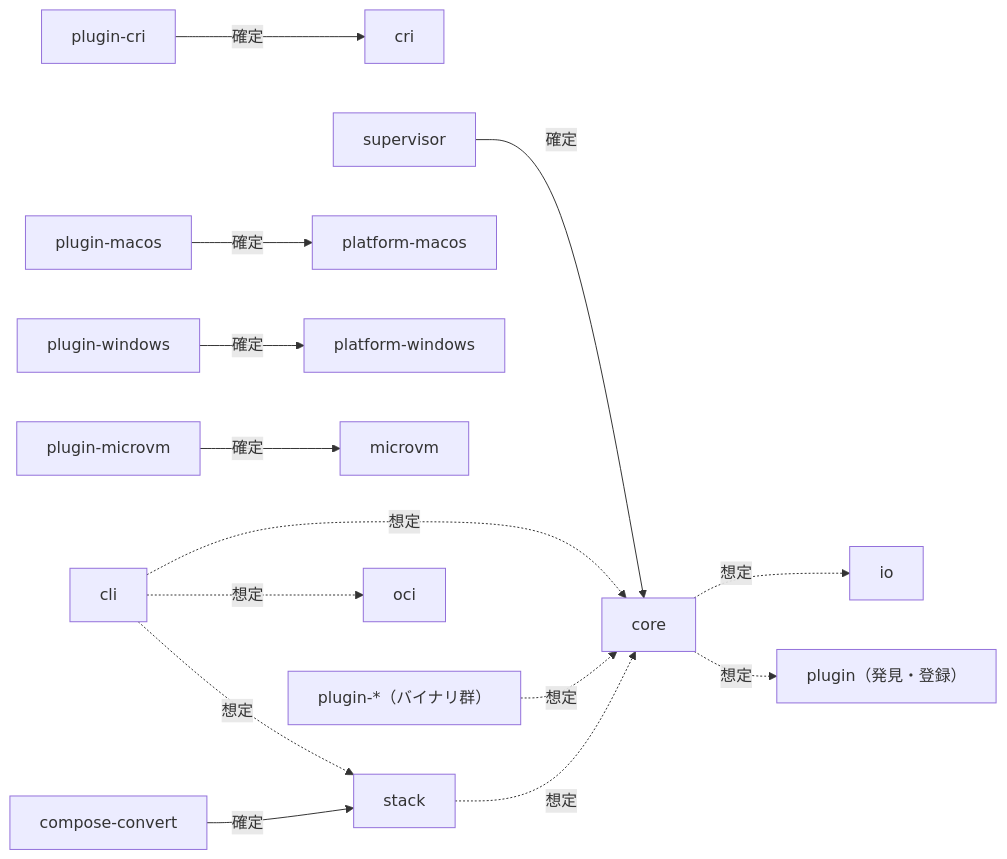
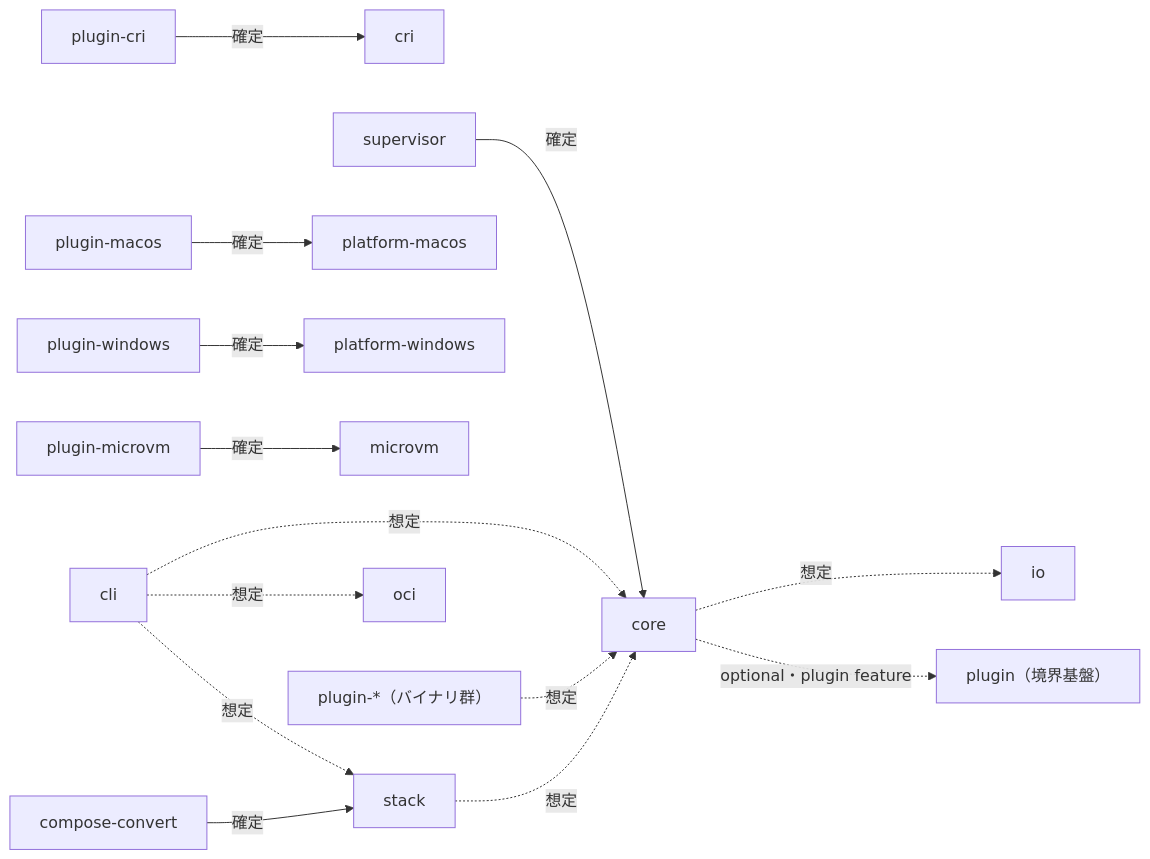
One commit to Fandhe-AI/fandhe-container changed the second of 2 diagrams in docs/architecture.md. Above: the diagram before and after it, drawn with Mermaid. The commit also changed other lines of this file and 9 other files, not shown here.

First line of the commit message:
build: TASK-111.1 plugin feature 定義と cfg ガードを実装 (#1257)

````diff
--- a/docs/architecture.md
+++ b/docs/architecture.md
@@ -130,17 +130,17 @@
 ```mermaid
 flowchart LR
     compose_convert["compose-convert"] -->|確定| stack
     supervisor -->|確定| core
     plugin_cri["plugin-cri"] -->|確定| cri
     plugin_macos["plugin-macos"] -->|確定| platform_macos["platform-macos"]
     plugin_windows["plugin-windows"] -->|確定| platform_windows["platform-windows"]
     plugin_microvm["plugin-microvm"] -->|確定| microvm
 
     core -.->|想定| io
     cli -.->|想定| core
     cli -.->|想定| oci
     cli -.->|想定| stack
     plugin_star["plugin-*（バイナリ群）"] -.->|想定| core
-    core -.->|想定| plugin["plugin（発見・登録）"]
+    core -.->|optional・plugin feature| plugin["plugin（境界基盤）"]
     stack -.->|想定| core
 ```
````
